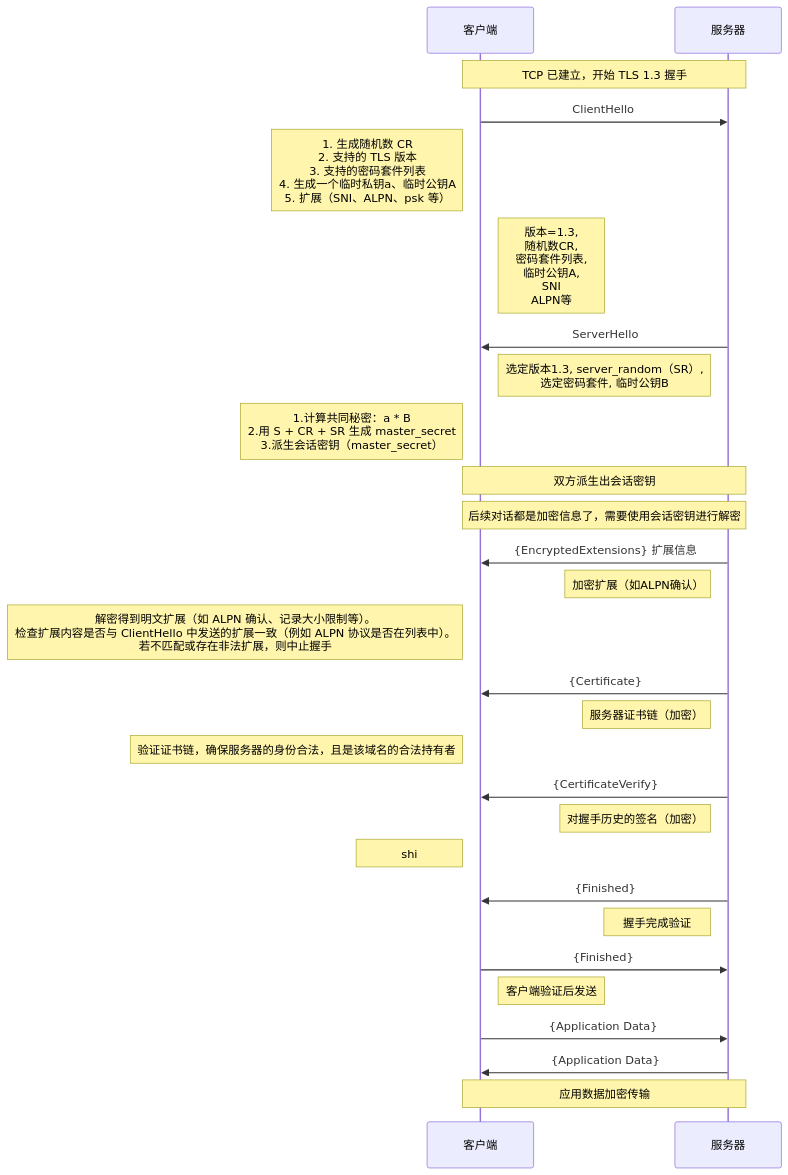
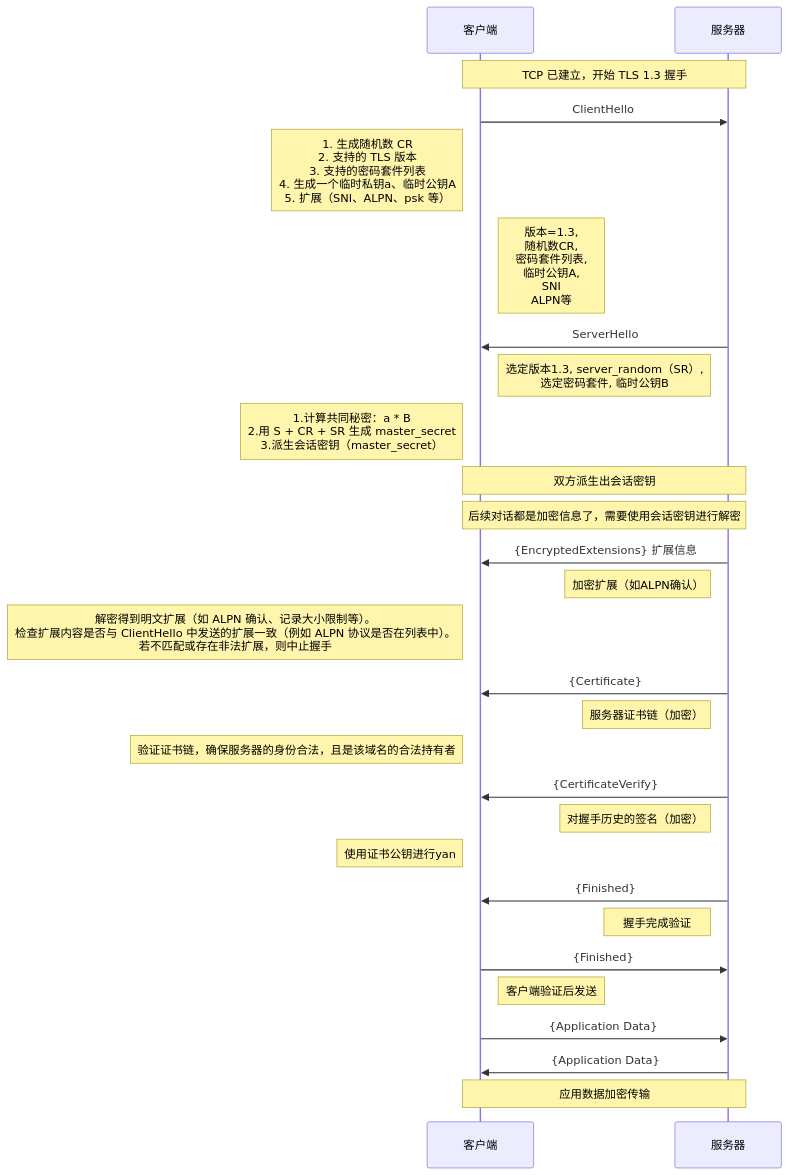
The diagram in all/TLS-1.3-通用.md (HY-10-8/iodraw-files), drawn with Mermaid before and after one commit.

Commit message:
2026-03-30 18:57:05 update

````diff
--- a/all/TLS-1.3-通用.md
+++ b/all/TLS-1.3-通用.md
@@ -1,40 +1,40 @@
 ```mermaid
 sequenceDiagram
     participant C as 客户端
     participant S as 服务器
 
     Note over C,S: TCP 已建立，开始 TLS 1.3 握手
 
     C->>S: ClientHello
     Note left of C: 1. 生成随机数 CR<br/> 2. 支持的 TLS 版本<br/> 3. 支持的密码套件列表<br/> 4. 生成一个临时私钥a、临时公钥A<br/> 5. 扩展（SNI、ALPN、psk 等）
     Note right of C: 版本=1.3,<br/> 随机数CR,<br/> 密码套件列表,<br/> 临时公钥A,<br/> SNI<br/> ALPN等
 
     S->>C: ServerHello
     Note left of S: 选定版本1.3, server_random（SR）,<br/> 选定密码套件, 临时公钥B
     Note left of C: 1.计算共同秘密：a * B<br/> 2.用 S + CR + SR 生成 master_secret<br/> 3.派生会话密钥（master_secret）
 
     Note over C,S: 双方派生出会话密钥
     Note over C,S: 后续对话都是加密信息了，需要使用会话密钥进行解密
 
     S->>C: {EncryptedExtensions} 扩展信息
     Note left of S: 加密扩展（如ALPN确认）
     Note left of C: 解密得到明文扩展（如 ALPN 确认、记录大小限制等）。<br/>检查扩展内容是否与 ClientHello 中发送的扩展一致（例如 ALPN 协议是否在列表中）。<br/> 若不匹配或存在非法扩展，则中止握手
 
     S->>C: {Certificate}
     Note left of S: 服务器证书链（加密）
     Note left of C: 验证证书链，确保服务器的身份合法，且是该域名的合法持有者
 
     S->>C: {CertificateVerify}
     Note left of S: 对握手历史的签名（加密）
-    Note left of C: shi
+    Note left of C: 使用证书公钥进行yan
 
     S->>C: {Finished}
     Note left of S: 握手完成验证
 
     C->>S: {Finished}
     Note right of C: 客户端验证后发送
 
     C->>S: {Application Data}
     S->>C: {Application Data}
     Note over C,S: 应用数据加密传输
 ```
````
